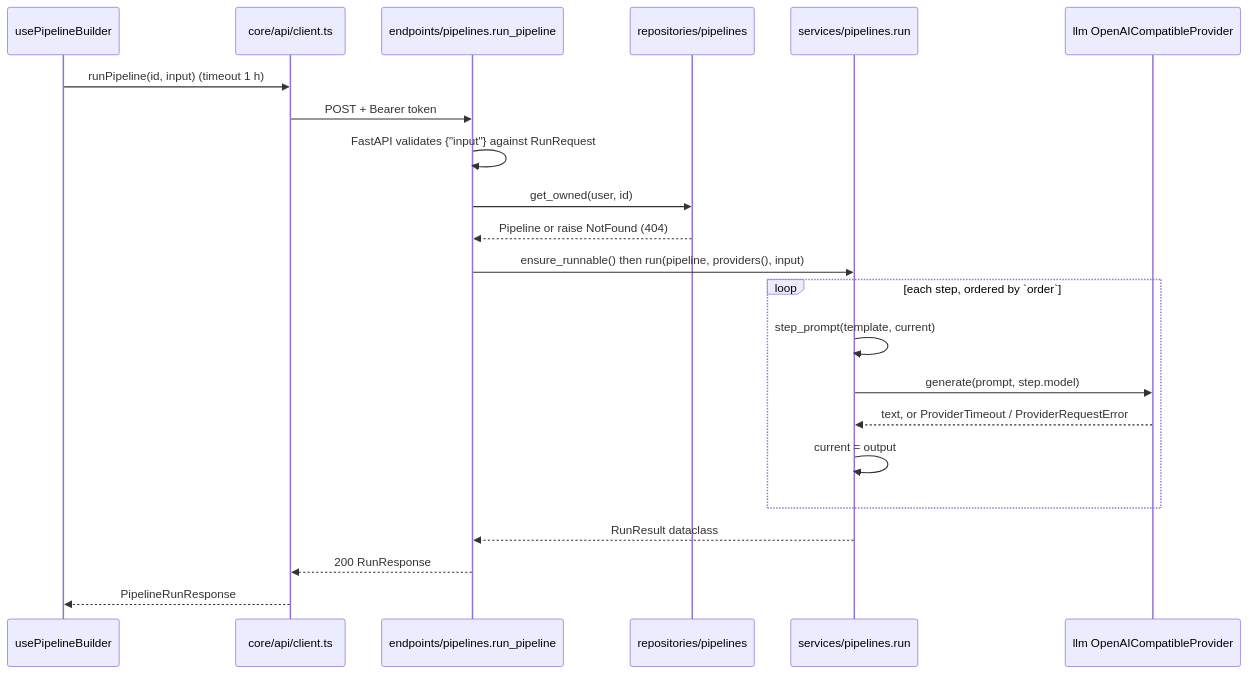
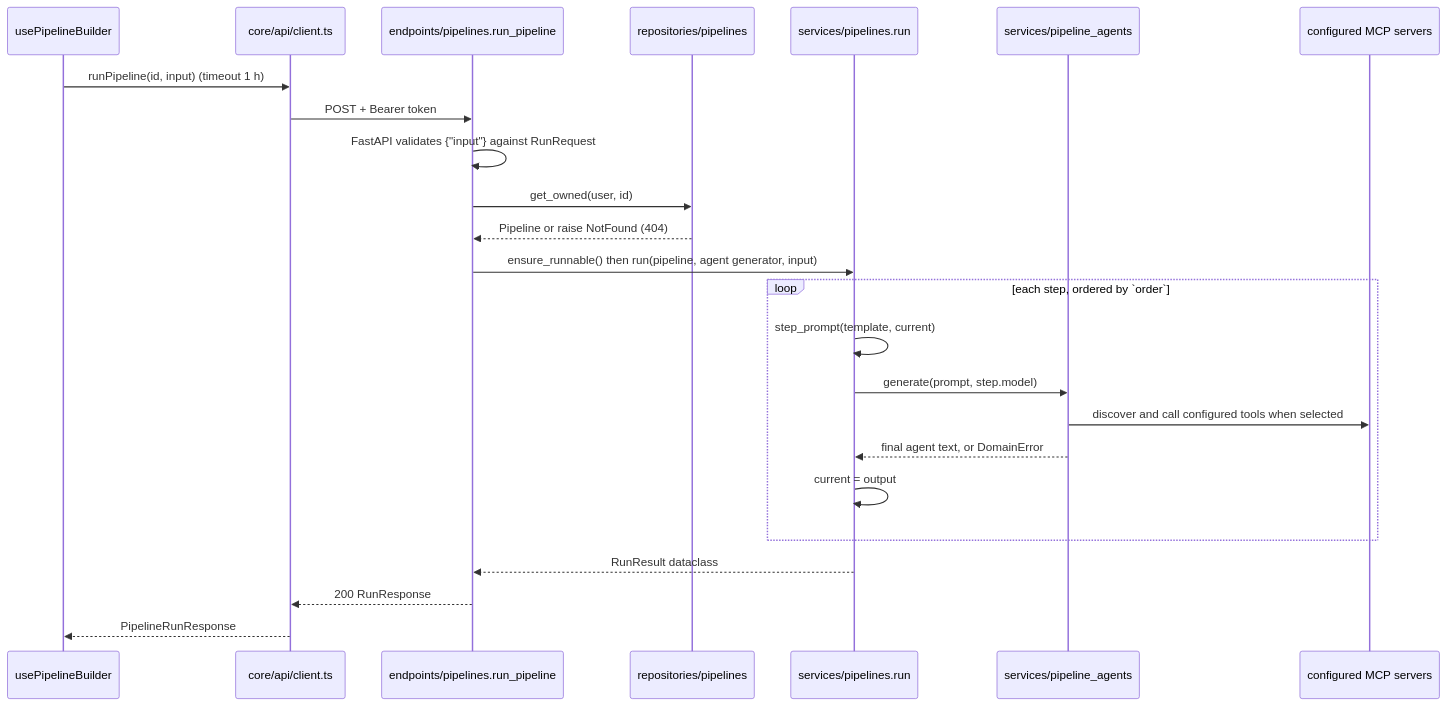
Before and after one commit to Fezzaioussama/AIMIx: the fourth of 4 diagrams in docs/architecture.md, drawn with Mermaid. The commit also changed other lines of this file and 17 other files, not shown here.

Commit message:
feat(pipelines): implement pipeline agent architecture with step-level agents and MCP tool integration

````diff
--- a/docs/architecture.md
+++ b/docs/architecture.md
@@ -71,24 +71,26 @@
 ```mermaid
 sequenceDiagram
     participant UI as usePipelineBuilder
     participant C as core/api/client.ts
     participant E as endpoints/pipelines.run_pipeline
     participant R as repositories/pipelines
     participant S as services/pipelines.run
-    participant P as llm OpenAICompatibleProvider
+    participant A as services/pipeline_agents
+    participant M as configured MCP servers
     UI->>C: runPipeline(id, input) (timeout 1 h)
     C->>E: POST + Bearer token
     E->>E: FastAPI validates {"input"} against RunRequest
     E->>R: get_owned(user, id)
     R-->>E: Pipeline or raise NotFound (404)
-    E->>S: ensure_runnable() then run(pipeline, providers(), input)
+    E->>S: ensure_runnable() then run(pipeline, agent generator, input)
     loop each step, ordered by `order`
         S->>S: step_prompt(template, current)
-        S->>P: generate(prompt, step.model)
-        P-->>S: text, or ProviderTimeout / ProviderRequestError
+        S->>A: generate(prompt, step.model)
+        A->>M: discover and call configured tools when selected
+        A-->>S: final agent text, or DomainError
         S->>S: current = output
     end
     S-->>E: RunResult dataclass
     E-->>C: 200 RunResponse
     C-->>UI: PipelineRunResponse
 ```
````
